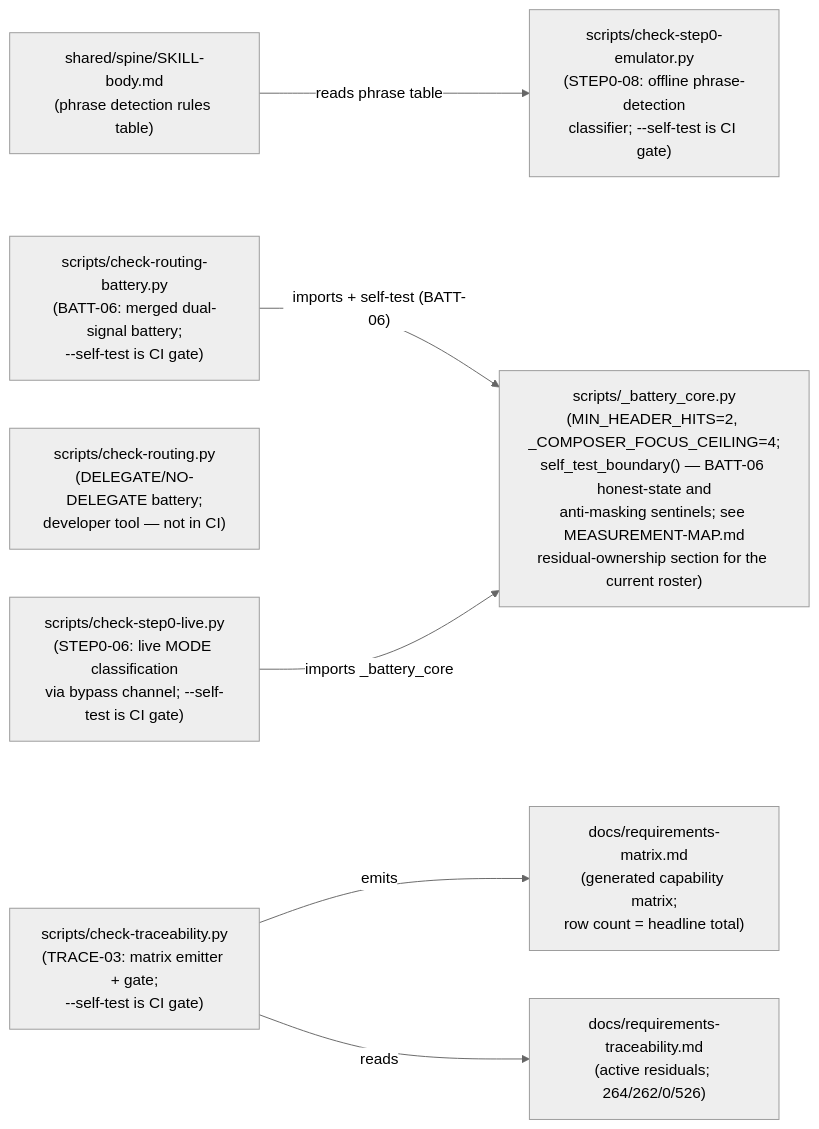
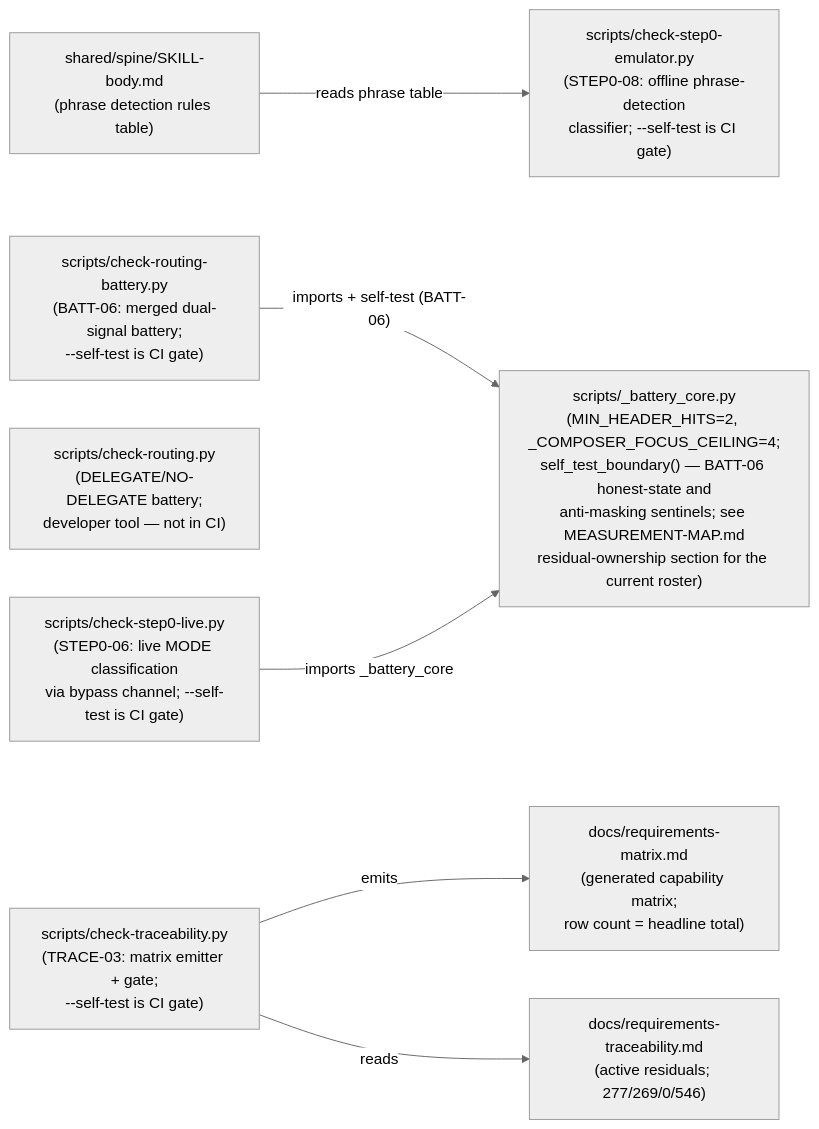
The second of 2 diagrams in docs/COMPONENT-DIAGRAM.md (chrisdavidson/first-principles-skill), drawn with Mermaid (neutral theme) before and after one commit. The commit also changed 10 other files, not shown here.

````diff
--- a/docs/COMPONENT-DIAGRAM.md
+++ b/docs/COMPONENT-DIAGRAM.md
@@ -84,24 +84,24 @@
 ```mermaid
 flowchart LR
     SKILLBODY["shared/spine/SKILL-body.md\n(phrase detection rules table)"]
 
     CORE["scripts/_battery_core.py\n(MIN_HEADER_HITS=2, _COMPOSER_FOCUS_CEILING=4;\nself_test_boundary() — BATT-06 honest-state and\nanti-masking sentinels; see MEASUREMENT-MAP.md\nresidual-ownership section for the current roster)"]
 
     BATT["scripts/check-routing-battery.py\n(BATT-06: merged dual-signal battery;\n--self-test is CI gate)"]
     ROUTING["scripts/check-routing.py\n(DELEGATE/NO-DELEGATE battery;\ndeveloper tool — not in CI)"]
 
     EMU["scripts/check-step0-emulator.py\n(STEP0-08: offline phrase-detection\nclassifier; --self-test is CI gate)"]
     LIVE["scripts/check-step0-live.py\n(STEP0-06: live MODE classification\nvia bypass channel; --self-test is CI gate)"]
 
     TRACE["scripts/check-traceability.py\n(TRACE-03: matrix emitter + gate;\n--self-test is CI gate)"]
     MATRIX["docs/requirements-matrix.md\n(generated capability matrix;\nrow count = headline total)"]
-    TRACEABILITY["docs/requirements-traceability.md\n(active residuals; 264/262/0/526)"]
+    TRACEABILITY["docs/requirements-traceability.md\n(active residuals; 277/269/0/546)"]
 
     SKILLBODY -->|"reads phrase table"| EMU
 
     BATT -->|"imports + self-test (BATT-06)"| CORE
     LIVE -->|"imports _battery_core"| CORE
 
     TRACE -->|"emits"| MATRIX
     TRACE -->|"reads"| TRACEABILITY
 ```
````
